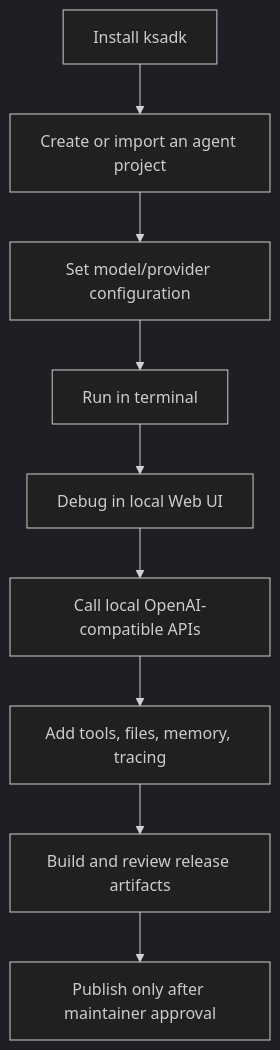
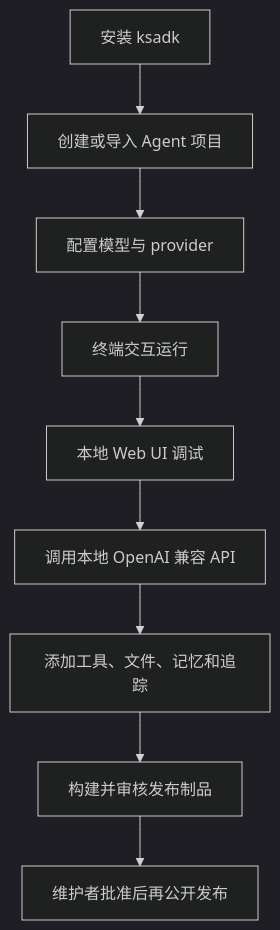
Before and after one commit to kingsoftcloud/ksadk-python: the second of 2 diagrams in public-docs/index.md, drawn with Mermaid (dark theme). The commit also changed other lines of this file and 107 other files, not shown here.

````diff
--- a/public-docs/index.md
+++ b/public-docs/index.md
@@ -71,11 +67,11 @@
 ```mermaid
 flowchart TD
-  A["Install ksadk"] --> B["Create or import an agent project"]
-  B --> C["Set model/provider configuration"]
-  C --> D["Run in terminal"]
-  D --> E["Debug in local Web UI"]
-  E --> F["Call local OpenAI-compatible APIs"]
-  F --> G["Add tools, files, memory, tracing"]
-  G --> H["Build and review release artifacts"]
-  H --> I["Publish only after maintainer approval"]
+  A["安装 ksadk"] --> B["创建或导入 Agent 项目"]
+  B --> C["配置模型与 provider"]
+  C --> D["终端交互运行"]
+  D --> E["本地 Web UI 调试"]
+  E --> F["调用本地 OpenAI 兼容 API"]
+  F --> G["添加工具、文件、记忆和追踪"]
+  G --> H["构建并审核发布制品"]
+  H --> I["维护者批准后再公开发布"]
 ```
````
